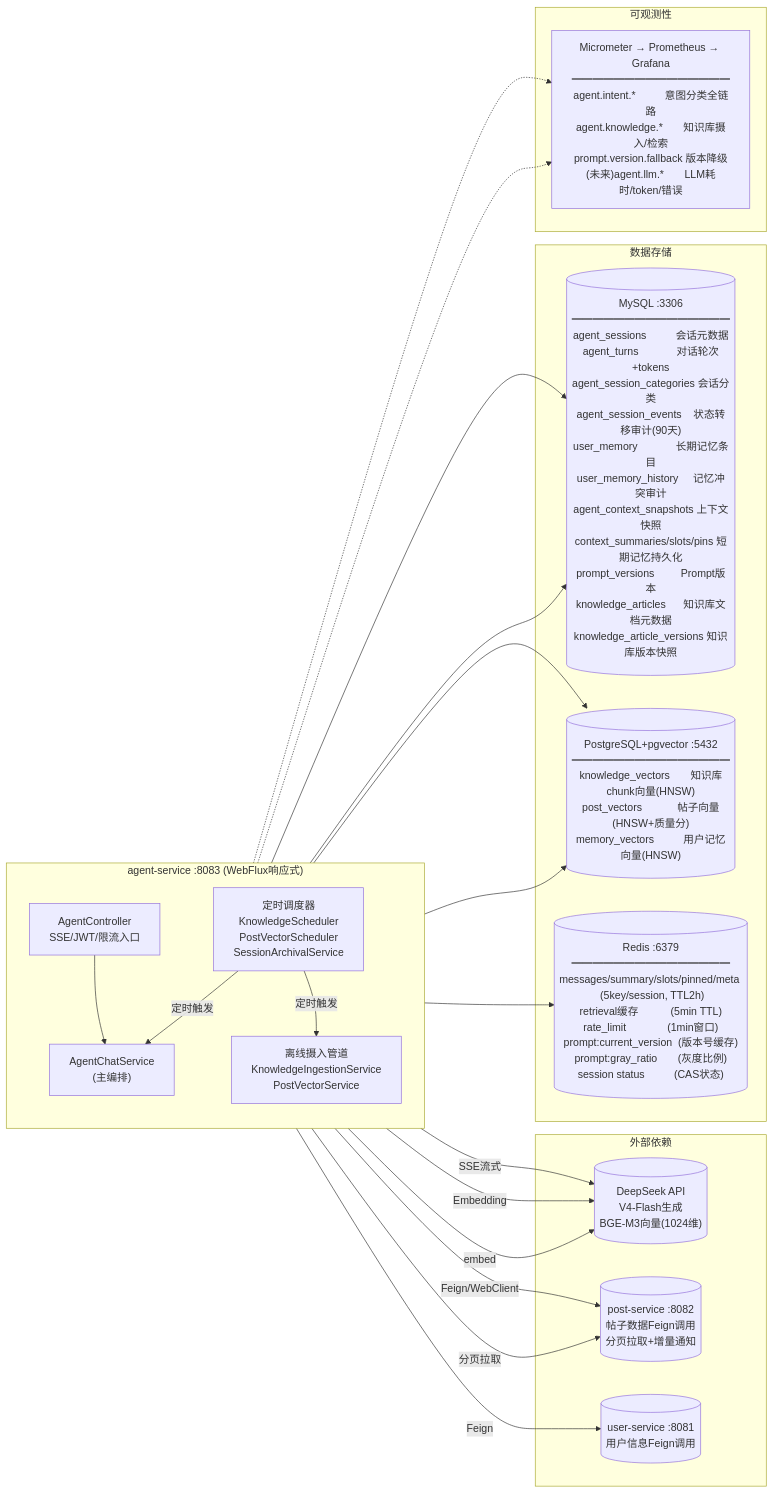
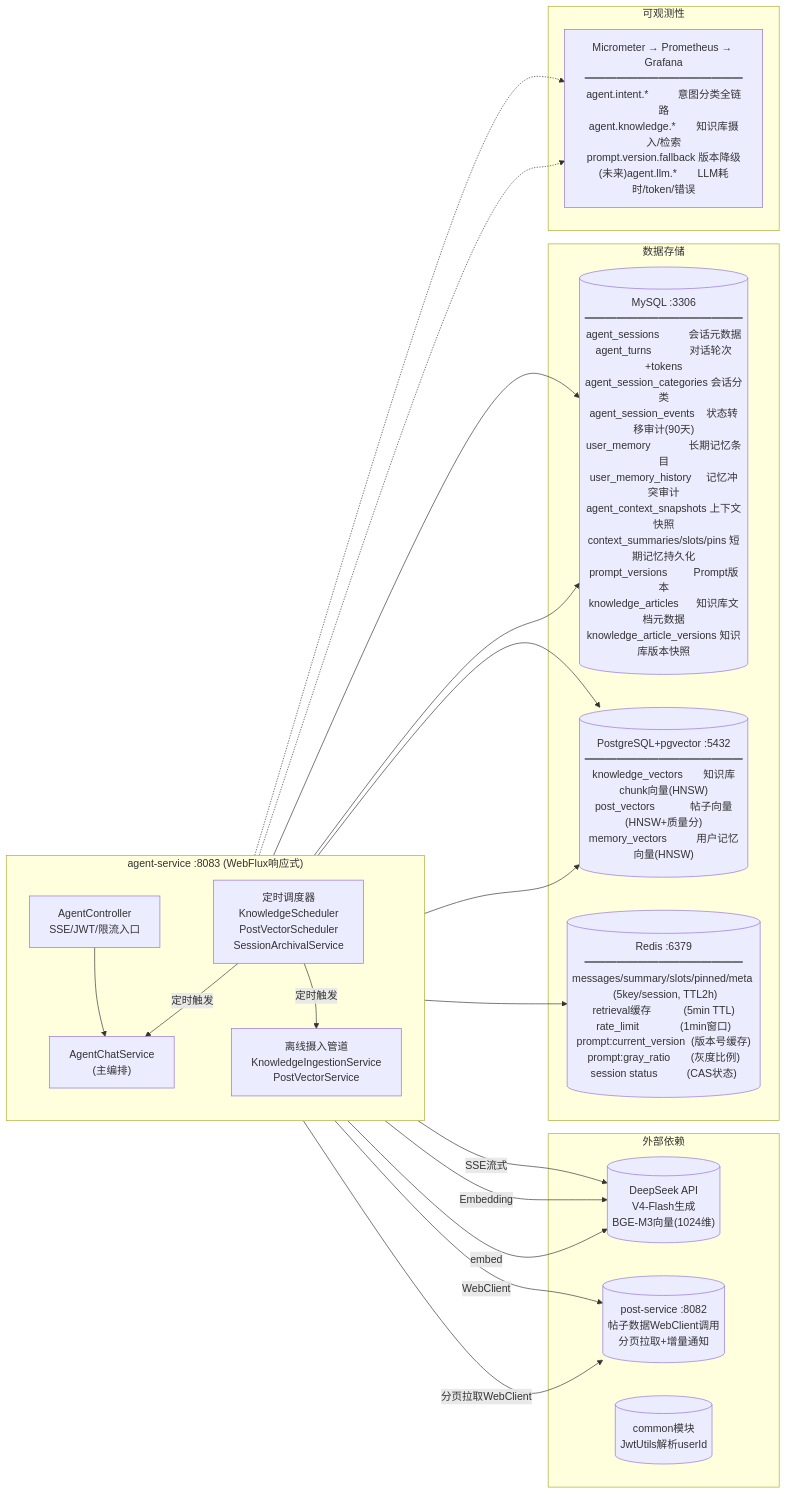
Diagram 15 of 15 in docs/agent-full-pipeline.md (Xstly1014/CampusShare), drawn with Mermaid before and after one commit. The commit also changed other lines of this file, not shown here.

Commit message:
docs(agent): supplement agent-full-pipeline.md with missing API/infrastructure/VectorStore sections and fix factual errors (SiliconFlow over TEI, WebClient over Feign)

````diff
--- a/docs/agent-full-pipeline.md
+++ b/docs/agent-full-pipeline.md
@@ -1149,73 +1150,72 @@
 ```mermaid
 flowchart LR
     subgraph 外部["外部依赖"]
         DS[("DeepSeek API<br/>V4-Flash生成<br/>BGE-M3向量(1024维)")]
-        PostSvc[("post-service :8082<br/>帖子数据Feign调用<br/>分页拉取+增量通知")]
-        UserSvc[("user-service :8081<br/>用户信息Feign调用")]
+        PostSvc[("post-service :8082<br/>帖子数据WebClient调用<br/>分页拉取+增量通知")]
+        UserSvc[("common模块<br/>JwtUtils解析userId")]
     end
 
     subgraph Agent服务["agent-service :8083 (WebFlux响应式)"]
         direction TB
         Ctrl["AgentController<br/>SSE/JWT/限流入口"]
         Chat["AgentChatService<br/>(主编排)"]
         Ingest["离线摄入管道<br/>KnowledgeIngestionService<br/>PostVectorService"]
         Sched["定时调度器<br/>KnowledgeScheduler<br/>PostVectorScheduler<br/>SessionArchivalService"]
     end
 
     subgraph 数据层["数据存储"]
         MySQL[("MySQL :3306
 ━━━━━━━━━━━━━━━
 agent_sessions          会话元数据
 agent_turns             对话轮次+tokens
 agent_session_categories 会话分类
 agent_session_events    状态转移审计(90天)
 user_memory             长期记忆条目
 user_memory_history     记忆冲突审计
 agent_context_snapshots 上下文快照
 context_summaries/slots/pins 短期记忆持久化
 prompt_versions         Prompt版本
 knowledge_articles      知识库文档元数据
 knowledge_article_versions 知识库版本快照")]
 
         PG[("PostgreSQL+pgvector :5432
 ━━━━━━━━━━━━━━━
 knowledge_vectors       知识库chunk向量(HNSW)
 post_vectors            帖子向量(HNSW+质量分)
 memory_vectors          用户记忆向量(HNSW)")]
 
         Redis[("Redis :6379
 ━━━━━━━━━━━━━━━
 messages/summary/slots/pinned/meta  (5key/session, TTL2h)
 retrieval缓存           (5min TTL)
 rate_limit              (1min窗口)
 prompt:current_version  (版本号缓存)
 prompt:gray_ratio       (灰度比例)
 session status          (CAS状态)")]
     end
 
     subgraph 监控["可观测性"]
         Metrics["Micrometer → Prometheus → Grafana
 ━━━━━━━━━━━━━━━
 agent.intent.*          意图分类全链路
 agent.knowledge.*       知识库摄入/检索
 prompt.version.fallback 版本降级
 (未来)agent.llm.*       LLM耗时/token/错误"]
     end
 
     Ctrl --> Chat
     Chat -->|SSE流式| DS
     Chat -->|Embedding| DS
     Chat --> MySQL
     Chat --> PG
     Chat --> Redis
-    Chat -->|Feign/WebClient| PostSvc
-    Chat -->|Feign| UserSvc
-    Ingest -->|分页拉取| PostSvc
+    Chat -->|WebClient| PostSvc
+    Ingest -->|分页拉取WebClient| PostSvc
     Ingest -->|embed| DS
     Ingest --> MySQL
     Ingest --> PG
     Sched -->|定时触发| Chat
     Sched -->|定时触发| Ingest
     Chat -.-> Metrics
     Ingest -.-> Metrics
 ```
````
